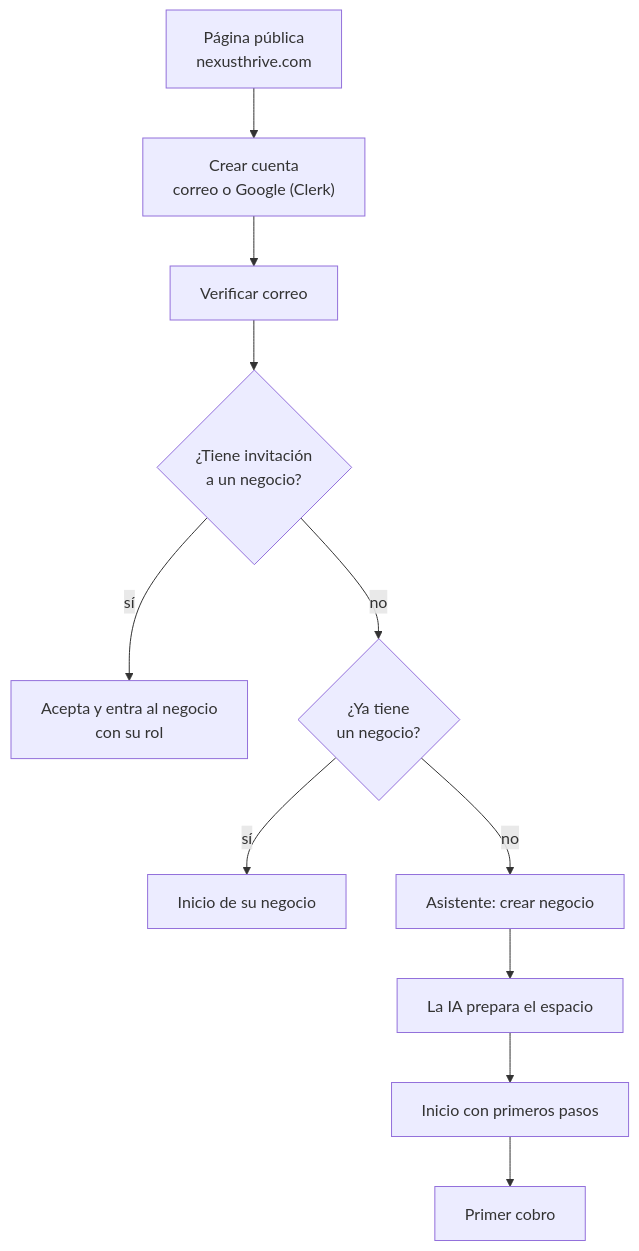
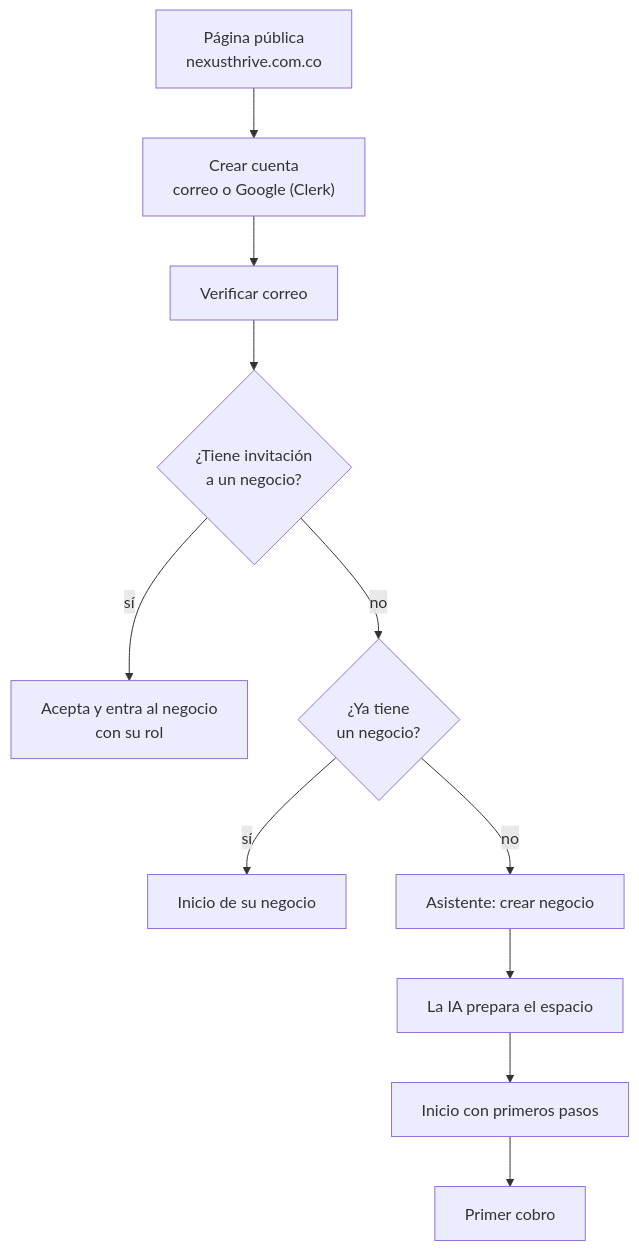
One commit to NexusThrive/nexusthrive changed the first of 7 diagrams in docs/03-distribuciones/business/experiencia/onboarding.md. Above: the diagram before and after it, drawn with Mermaid. The commit also changed 3 other files, not shown here.

````diff
--- a/docs/03-distribuciones/business/experiencia/onboarding.md
+++ b/docs/03-distribuciones/business/experiencia/onboarding.md
@@ -19,13 +19,13 @@
 ```mermaid
 flowchart TB
-    L["Página pública<br/>nexusthrive.com"] --> A["Crear cuenta<br/>correo o Google (Clerk)"]
+    L["Página pública<br/>nexusthrive.com.co"] --> A["Crear cuenta<br/>correo o Google (Clerk)"]
     A --> V["Verificar correo"]
     V --> Q{"¿Tiene invitación<br/>a un negocio?"}
     Q -->|"sí"| INV["Acepta y entra al negocio<br/>con su rol"]
     Q -->|"no"| E{"¿Ya tiene<br/>un negocio?"}
     E -->|"sí"| H["Inicio de su negocio"]
     E -->|"no"| W["Asistente: crear negocio"]
     W --> P["La IA prepara el espacio"]
     P --> F["Inicio con primeros pasos"]
     F --> U["Primer cobro"]
 ```
````
